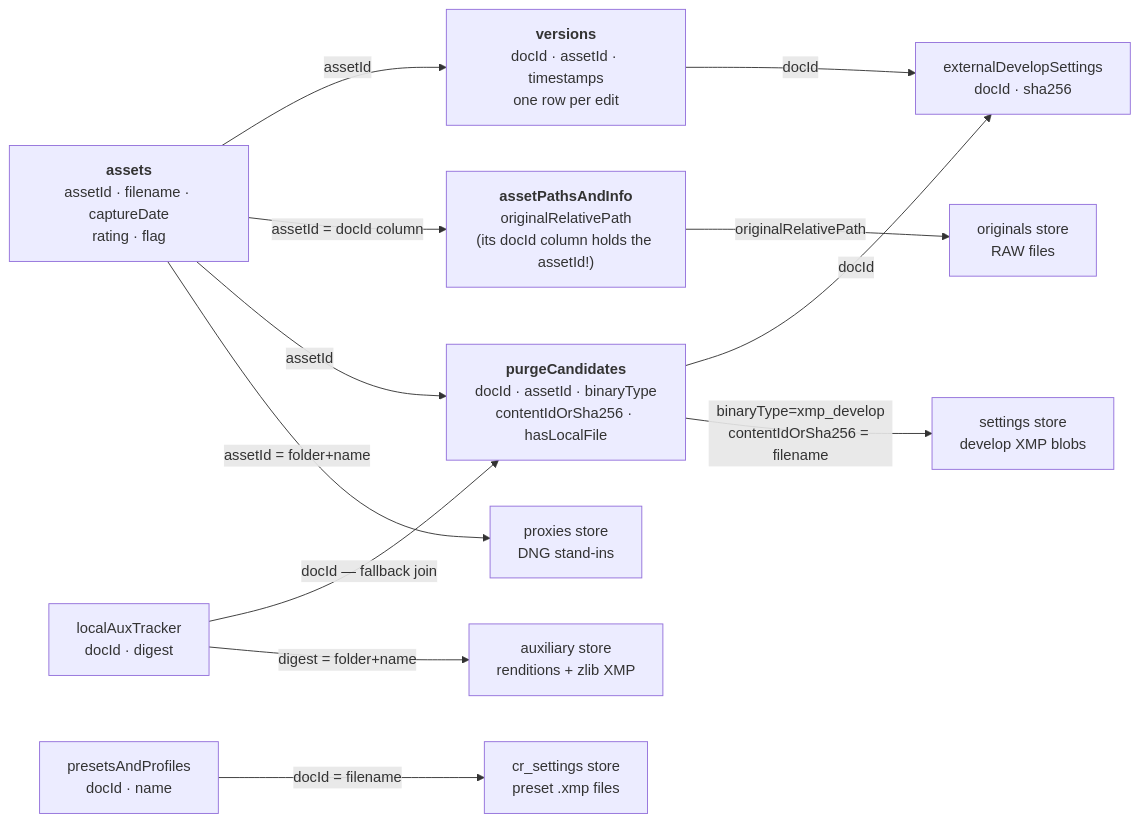
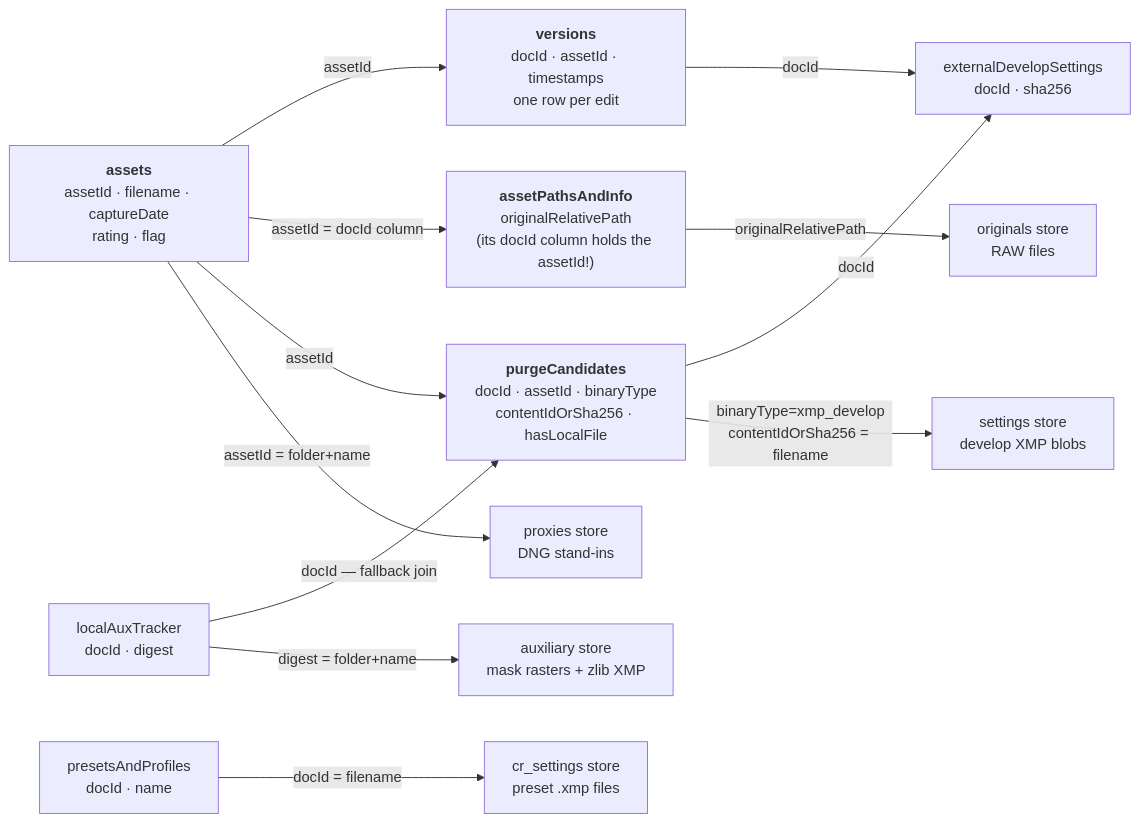
Before and after one commit to byronwai/lightroom-recovery: the second of 8 diagrams in docs/diagrams.md, drawn with Mermaid. The commit also changed other lines of this file and 37 other files, not shown here.

````diff
--- a/docs/diagrams.md
+++ b/docs/diagrams.md
@@ -80,28 +80,28 @@
 ```mermaid
 flowchart LR
     ASSETS["<b>assets</b><br/>assetId · filename · captureDate<br/>rating · flag"]
     VER["<b>versions</b><br/>docId · assetId · timestamps<br/>one row per edit"]
     API["<b>assetPathsAndInfo</b><br/>originalRelativePath<br/>(its docId column holds the assetId!)"]
     PURGE["<b>purgeCandidates</b><br/>docId · assetId · binaryType<br/>contentIdOrSha256 · hasLocalFile"]
     AUXTR["localAuxTracker<br/>docId · digest"]
     EXT["externalDevelopSettings<br/>docId · sha256"]
     PRE["presetsAndProfiles<br/>docId · name"]
 
     ORIG["originals store<br/>RAW files"]
     SET["settings store<br/>develop XMP blobs"]
-    AUX["auxiliary store<br/>renditions + zlib XMP"]
+    AUX["auxiliary store<br/>mask rasters + zlib XMP"]
     PROX["proxies store<br/>DNG stand-ins"]
     CRS["cr_settings store<br/>preset .xmp files"]
 
     ASSETS -->|"assetId"| VER
     ASSETS -->|"assetId = docId column"| API
     ASSETS -->|"assetId"| PURGE
     VER -->|"docId"| EXT
     PURGE -->|"docId"| EXT
     AUXTR -->|"docId — fallback join"| PURGE
     API -->|"originalRelativePath"| ORIG
     PURGE -->|"binaryType=xmp_develop<br/>contentIdOrSha256 = filename"| SET
     AUXTR -->|"digest = folder+name"| AUX
     ASSETS -->|"assetId = folder+name"| PROX
     PRE -->|"docId = filename"| CRS
 ```
````
